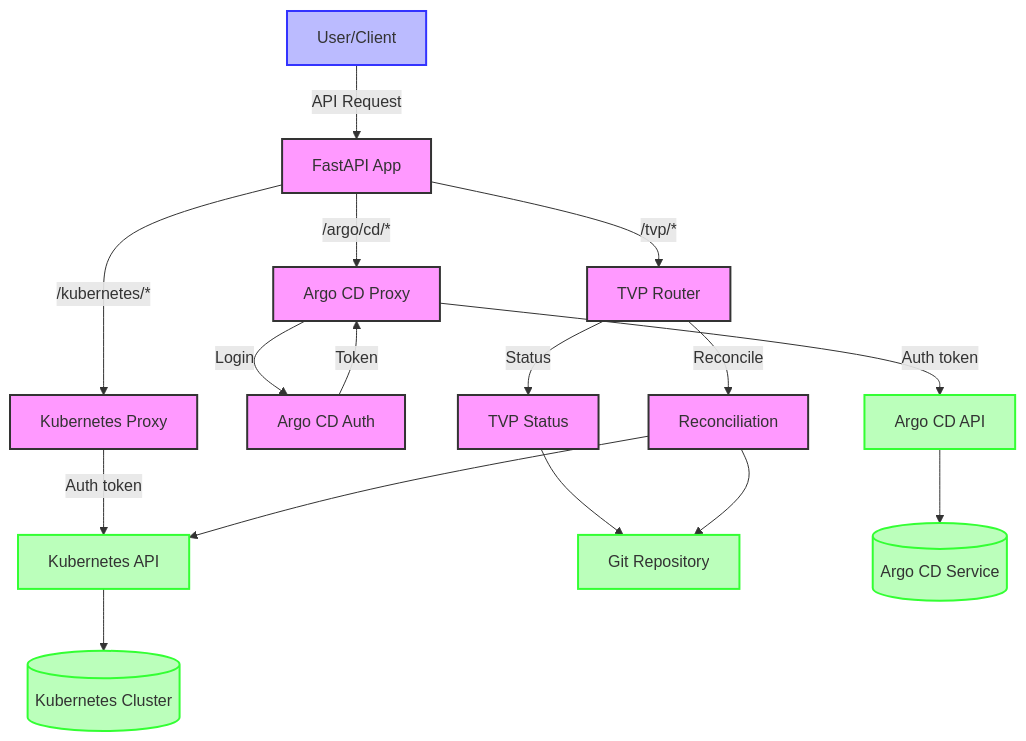
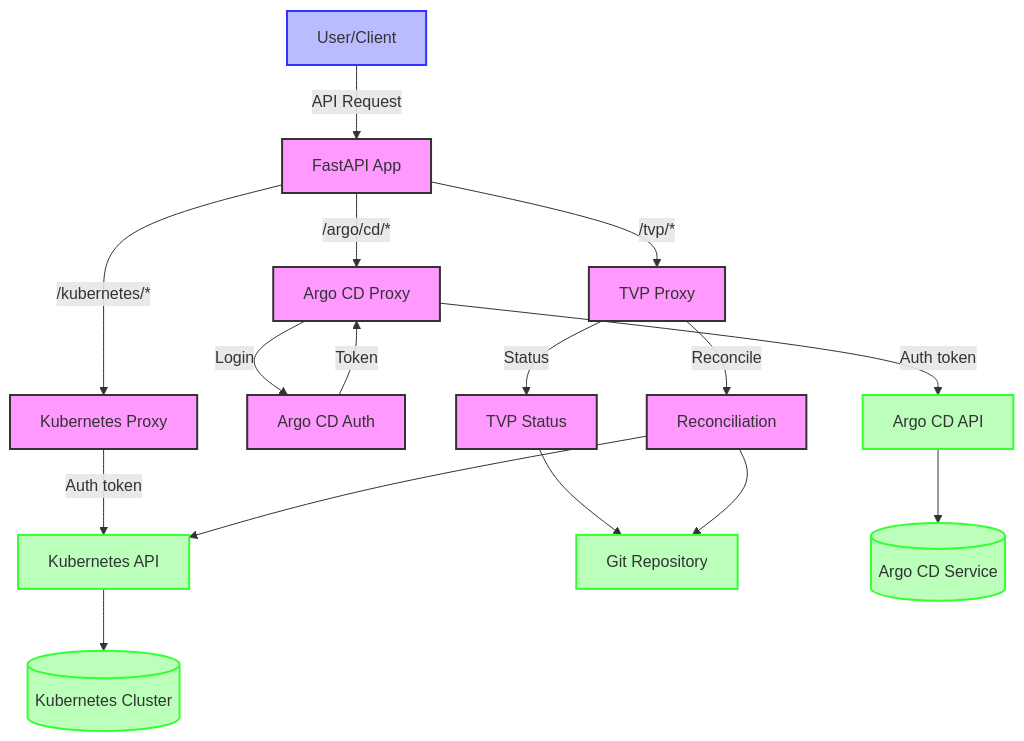
One commit to lloydchang/tvp-k8s changed the ninth of 9 diagrams in README.md. Above: the diagram before and after it, drawn with Mermaid. The commit also changed other lines of this file and 11 other files, not shown here.

````diff
--- a/README.md
+++ b/README.md
@@ -413,32 +413,32 @@
 ```mermaid
 flowchart TD
     User[User/Client] -->|API Request| API[FastAPI App]
     
     API -->|/kubernetes/*| KP[Kubernetes Proxy]
     API -->|/argo/cd/*| AP[Argo CD Proxy]
-    API -->|/tvp/*| TVP[TVP Router]
+    API -->|/tvp/*| TVP[TVP Proxy]
     
     KP -->|Auth token| KA[Kubernetes API]
     AP -->|Login| Auth[Argo CD Auth]
     Auth -->|Token| AP
     AP -->|Auth token| AA[Argo CD API]
     
     TVP -->|Status| TS[TVP Status]
     TVP -->|Reconcile| R[Reconciliation]
     
     TS --> Git[Git Repository]
     R --> Git
     R --> KA
     
     KA --> Kubernetes[(Kubernetes Cluster)]
     AA --> ArgoCD[(Argo CD Service)]
     
     classDef user fill:#bbf,stroke:#33f,stroke-width:2px
     classDef app fill:#f9f,stroke:#333,stroke-width:2px
     classDef external fill:#bfb,stroke:#3f3,stroke-width:2px
     
     class User user
     class API,KP,AP,TVP,TS,R,Auth app
     class Kubernetes,ArgoCD,Git,KA,AA external
 
 ```
````
